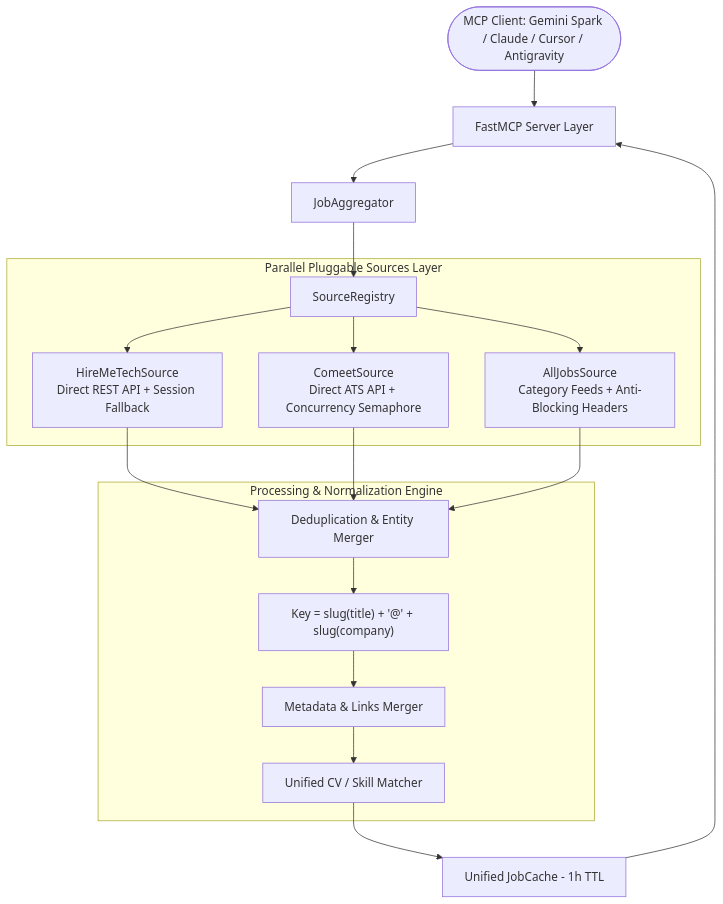
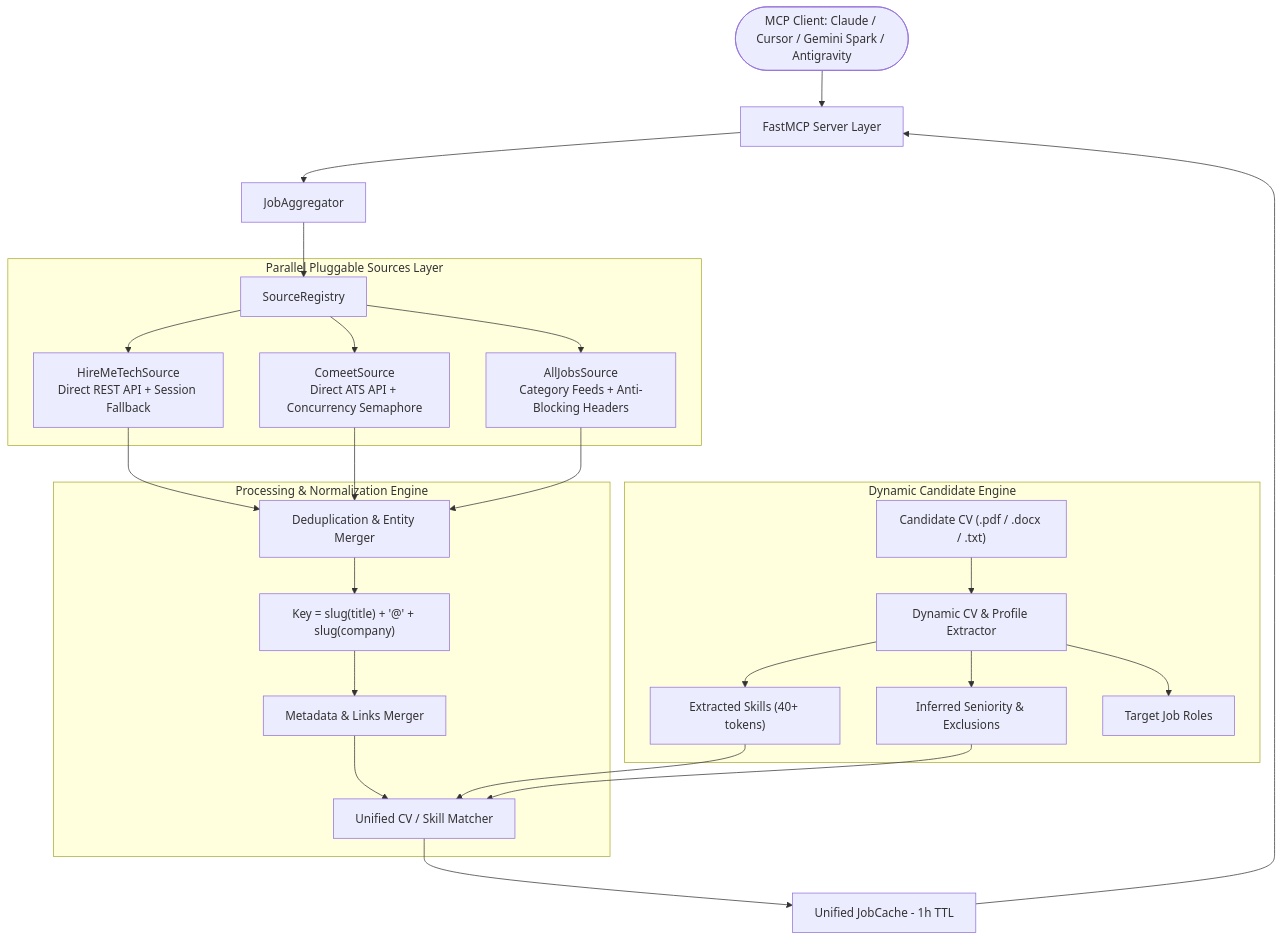
Before and after one commit to zvieli/TechJobMCP: the diagram in README.md, drawn with Mermaid. The commit also changed other lines of this file and 7 other files, not shown here.

````diff
--- a/README.md
+++ b/README.md
@@ -14,25 +14,34 @@
 ```mermaid
 graph TD
-    Client([MCP Client: Gemini Spark / Claude / Cursor / Antigravity]) --> Tools[FastMCP Server Layer]
+    Client([MCP Client: Claude / Cursor / Gemini Spark / Antigravity]) --> Tools[FastMCP Server Layer]
     Tools --> Aggregator[JobAggregator]
     Aggregator --> Registry[SourceRegistry]
 
     subgraph Parallel Pluggable Sources Layer
         Registry --> S1[HireMeTechSource<br/>Direct REST API + Session Fallback]
         Registry --> S2[ComeetSource<br/>Direct ATS API + Concurrency Semaphore]
         Registry --> S3[AllJobsSource<br/>Category Feeds + Anti-Blocking Headers]
     end
 
     subgraph Processing & Normalization Engine
         S1 --> Dedup[Deduplication & Entity Merger]
         S2 --> Dedup
         S3 --> Dedup
         
         Dedup --> NormKey["Key = slug(title) + '@' + slug(company)"]
         NormKey --> Merge[Metadata & Links Merger]
         Merge --> Scorer[Unified CV / Skill Matcher]
     end
 
+    subgraph Dynamic Candidate Engine
+        CV["Candidate CV (.pdf / .docx / .txt)"] --> Extractor[Dynamic CV & Profile Extractor]
+        Extractor --> Skills["Extracted Skills (40+ tokens)"]
+        Extractor --> Seniority["Inferred Seniority & Exclusions"]
+        Extractor --> Roles["Target Job Roles"]
+        Skills --> Scorer
+        Seniority --> Scorer
+    end
+
     Scorer --> Cache[Unified JobCache - 1h TTL]
     Cache --> Tools
 ```
````
